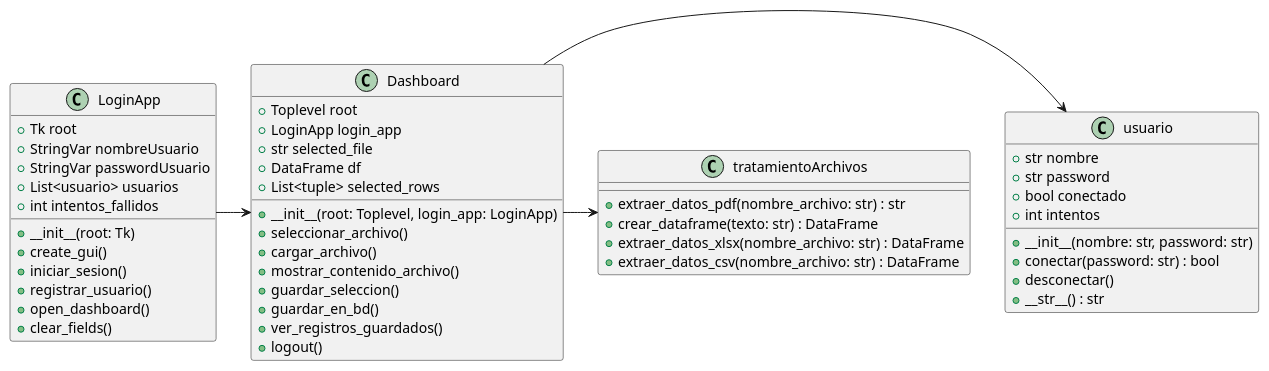
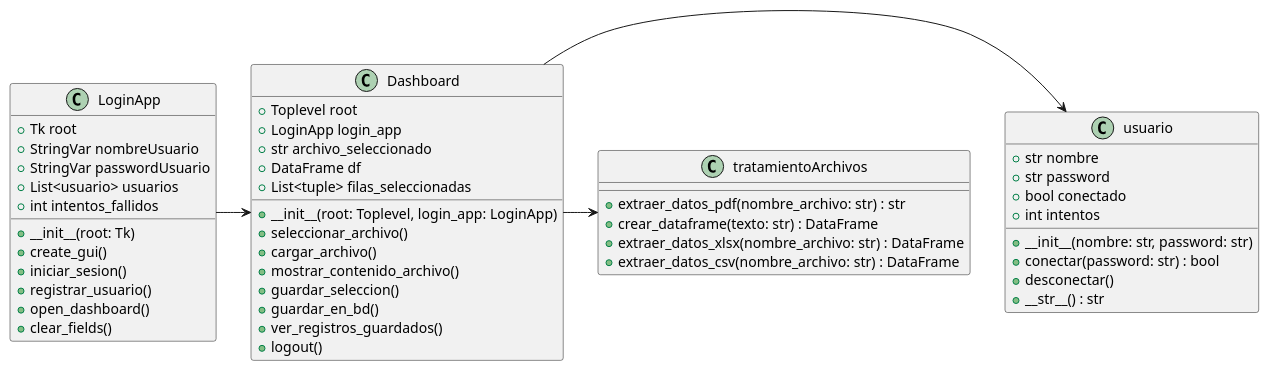
Before and after one commit to Nicokac/TP1---dise-o-de-sistemas-1: the diagram in DiagramadeClases.plantuml, drawn with PlantUML. The commit also changed 2 other files, not shown here.

```diff
--- a/DiagramadeClases.plantuml
+++ b/DiagramadeClases.plantuml
@@ -1,56 +1,56 @@
 @startuml Diagrama de clases TP1 - Diseño de sistemas 1
 
 class LoginApp {
     +Tk root
     +StringVar nombreUsuario
     +StringVar passwordUsuario
     +List<usuario> usuarios
     +int intentos_fallidos
     +__init__(root: Tk)
     +create_gui()
     +iniciar_sesion()
     +registrar_usuario()
     +open_dashboard()
     +clear_fields()
 }
 
 class Dashboard {
     +Toplevel root
     +LoginApp login_app
-    +str selected_file
+    +str archivo_seleccionado
     +DataFrame df
-    +List<tuple> selected_rows
+    +List<tuple> filas_seleccionadas
     +__init__(root: Toplevel, login_app: LoginApp)
     +seleccionar_archivo()
     +cargar_archivo()
     +mostrar_contenido_archivo()
     +guardar_seleccion()
     +guardar_en_bd()
     +ver_registros_guardados()
     +logout()
 }
 
 class usuario {
     +str nombre
     +str password
     +bool conectado
     +int intentos
     +__init__(nombre: str, password: str)
     +conectar(password: str) : bool
     +desconectar()
     +__str__() : str
 }
 
 class tratamientoArchivos {
     +extraer_datos_pdf(nombre_archivo: str) : str
     +crear_dataframe(texto: str) : DataFrame
     +extraer_datos_xlsx(nombre_archivo: str) : DataFrame
     +extraer_datos_csv(nombre_archivo: str) : DataFrame
 }
 
 LoginApp -> Dashboard
 Dashboard -> usuario
 Dashboard -> tratamientoArchivos
 
 
 @enduml
```
